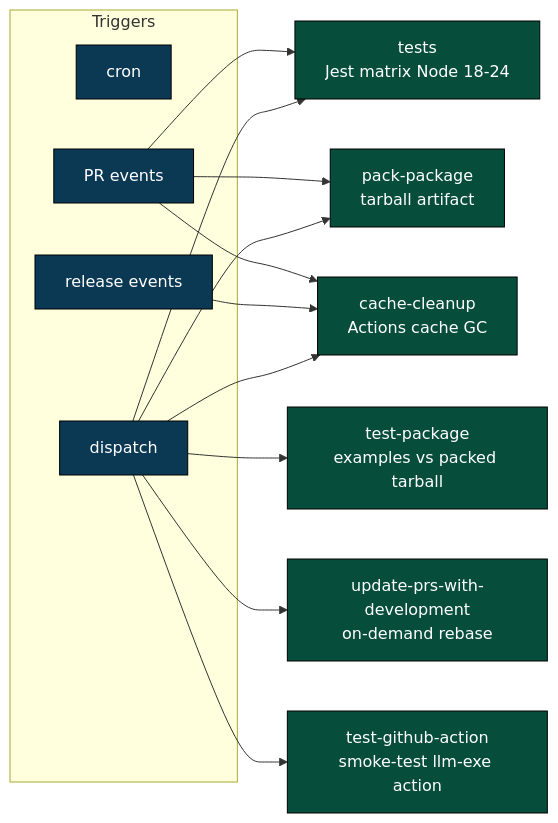
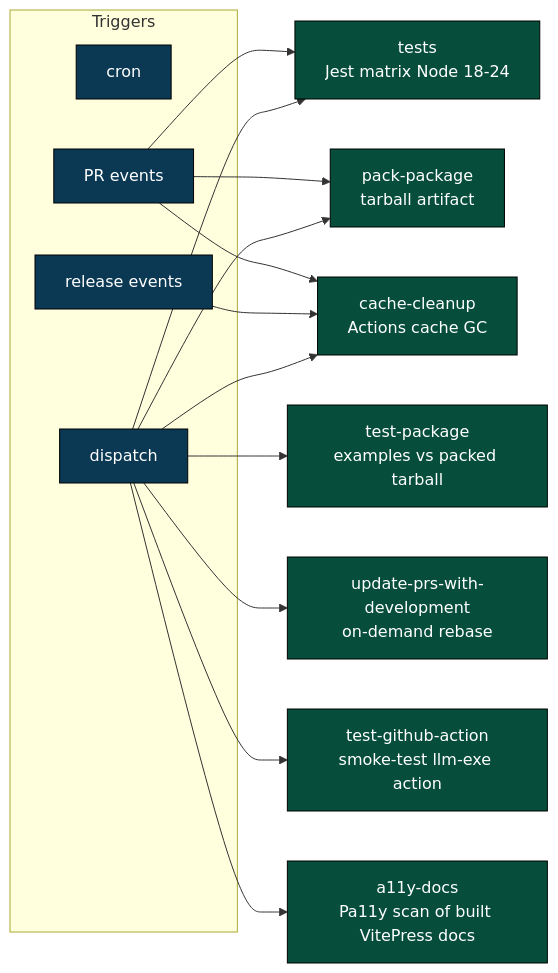
One commit to llm-exe/llm-exe changed the fourth of 16 diagrams in .github/docs/WORKFLOW_ARCHITECTURE.md. Above: the diagram before and after it, drawn with Mermaid. The commit also changed other lines of this file and 3 other files, not shown here.

````diff
--- a/.github/docs/WORKFLOW_ARCHITECTURE.md
+++ b/.github/docs/WORKFLOW_ARCHITECTURE.md
@@ -142,30 +142,32 @@
 ```mermaid
 flowchart LR
     classDef trig fill:#0b3954,color:#fff,stroke:#000
     classDef job fill:#064e3b,color:#fff,stroke:#000
 
     subgraph T["Triggers"]
         c[cron]:::trig
         p[PR events]:::trig
         r[release events]:::trig
         d[dispatch]:::trig
     end
 
     T1["tests<br/>Jest matrix Node 18-24"]:::job
     T2["test-package<br/>examples vs packed tarball"]:::job
     T3["pack-package<br/>tarball artifact"]:::job
     T4["cache-cleanup<br/>Actions cache GC"]:::job
     T5["update-prs-with-development<br/>on-demand rebase"]:::job
     T6["test-github-action<br/>smoke-test llm-exe action"]:::job
+    T7["a11y-docs<br/>Pa11y scan of built VitePress docs"]:::job
 
     p --> T1
     p --> T3
     p --> T4
     r --> T4
     d --> T2
     d --> T1
     d --> T3
     d --> T4
     d --> T5
     d --> T6
+    d --> T7
 ```
````
